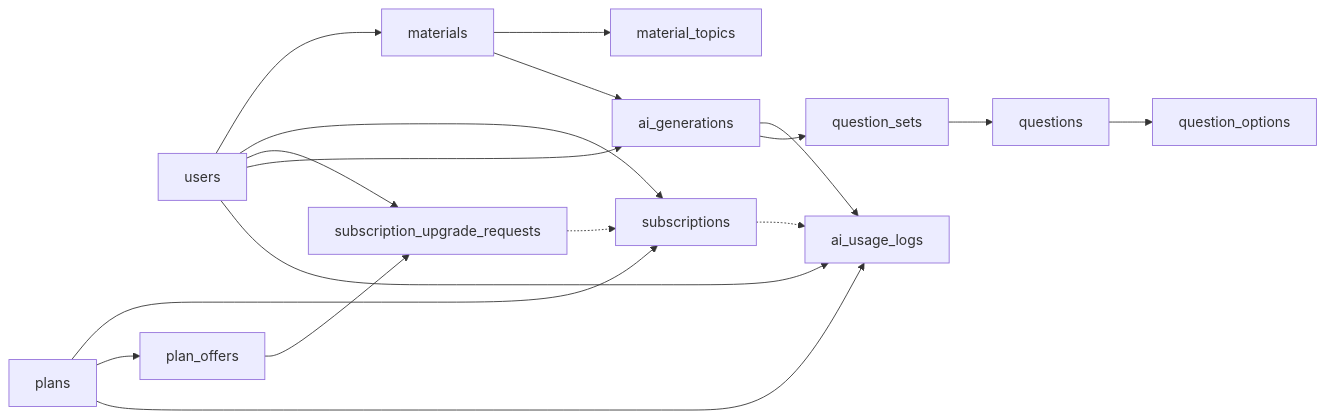
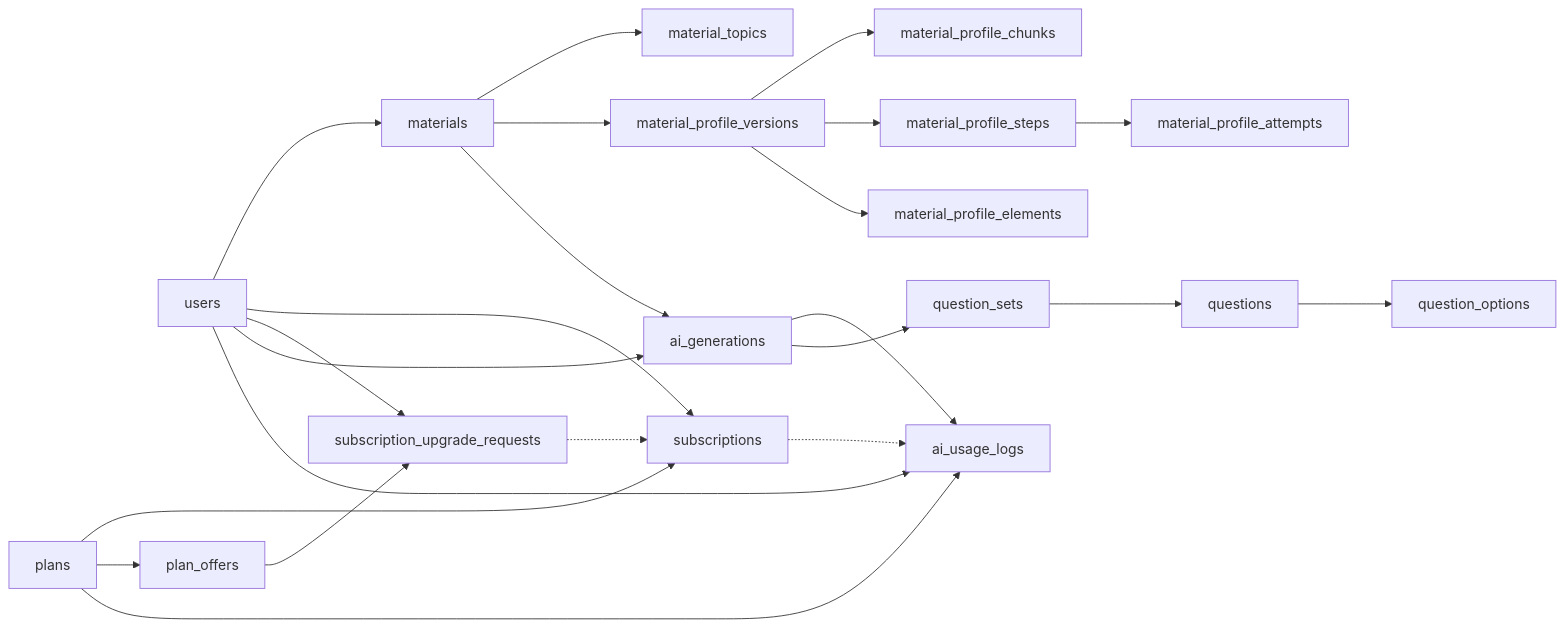
Before and after one commit to 1aghismuhammad/Quiestion-Bank-: the first of 2 diagrams in docs/database/DATABASE_REFERENCE.md, drawn with Mermaid. The commit also changed other lines of this file and 65 other files, not shown here.

Commit message:
feat: add material profile foundation

````diff
--- a/docs/database/DATABASE_REFERENCE.md
+++ b/docs/database/DATABASE_REFERENCE.md
@@ -21,20 +21,25 @@
 ```mermaid
 flowchart LR
     U[users] --> M[materials]
     M --> T[material_topics]
+    M --> PV[material_profile_versions]
+    PV --> PC[material_profile_chunks]
+    PV --> PS[material_profile_steps]
+    PV --> PE[material_profile_elements]
+    PS --> PA[material_profile_attempts]
     U --> Sub[subscriptions]
     Pl[plans] --> Sub
     Pl --> Off[plan_offers]
     U --> Req[subscription_upgrade_requests]
     Off --> Req
     Req -.-> Sub
     U --> G[ai_generations]
     M --> G
     U --> L[ai_usage_logs]
     Pl --> L
     Sub -.-> L
     G --> L
     G --> QS[question_sets]
     QS --> Q[questions]
     Q --> O[question_options]
 ```
````
